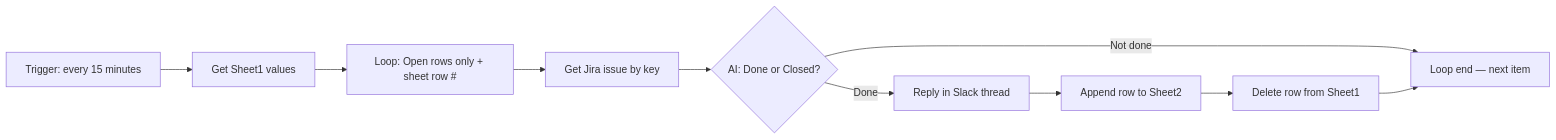
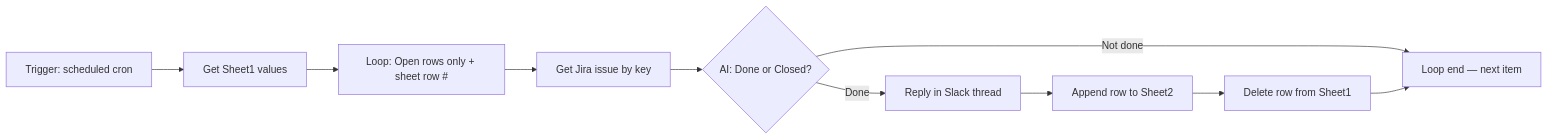
The third of 3 diagrams in field-sales-queries/documentation.md (tylertan-tech/people-tech-langdock), drawn with Mermaid before and after one commit. The commit also changed other lines of this file and 3 other files, not shown here.

````diff
--- a/field-sales-queries/documentation.md
+++ b/field-sales-queries/documentation.md
@@ -68,12 +79,12 @@
 ```mermaid
 flowchart LR
-  T["Trigger: every 15 minutes"] --> G["Get Sheet1 values"]
+  T["Trigger: scheduled cron"] --> G["Get Sheet1 values"]
   G --> L["Loop: Open rows only + sheet row #"]
   L --> J["Get Jira issue by key"]
   J --> D{"AI: Done or Closed?"}
   D -->|"Not done"| E["Loop end — next item"]
   D -->|"Done"| SL["Reply in Slack thread"]
   SL --> A["Append row to Sheet2"]
   A --> RM["Delete row from Sheet1"]
   RM --> E
 ```
````
